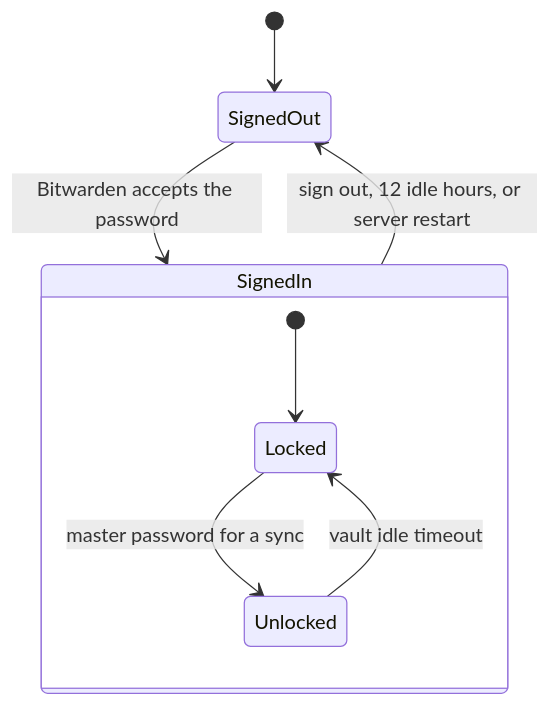
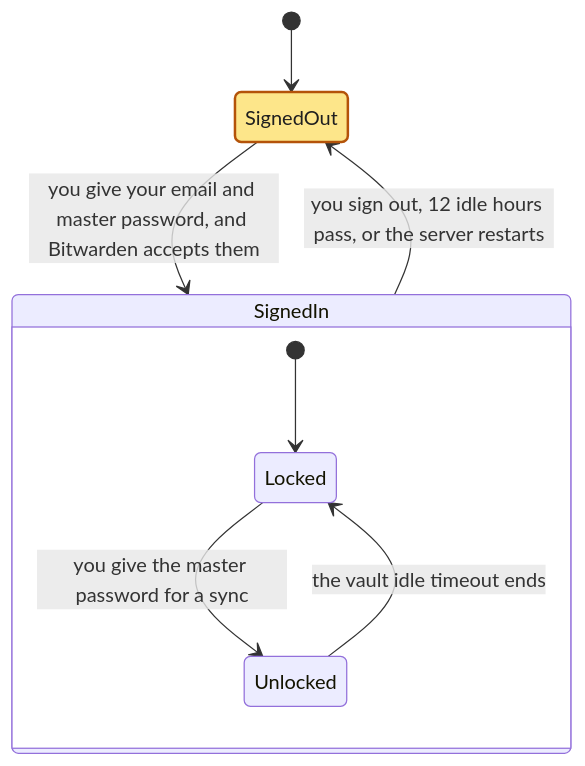
The second of 2 diagrams in docs/architecture/access.md (spinningyoyo/omsync), drawn with Mermaid before and after one commit. The commit also changed other lines of this file and 337 other files, not shown here.

````diff
--- a/docs/architecture/access.md
+++ b/docs/architecture/access.md
@@ -22,11 +22,13 @@
 ```mermaid
 stateDiagram-v2
     [*] --> SignedOut
-    SignedOut --> SignedIn: Bitwarden accepts the password
-    SignedIn --> SignedOut: sign out, 12 idle hours, or server restart
+    SignedOut --> SignedIn: you give your email and master password, and Bitwarden accepts them
+    SignedIn --> SignedOut: you sign out, 12 idle hours pass, or the server restarts
     state SignedIn {
         [*] --> Locked
-        Locked --> Unlocked: master password for a sync
-        Unlocked --> Locked: vault idle timeout
+        Locked --> Unlocked: you give the master password for a sync
+        Unlocked --> Locked: the vault idle timeout ends
     }
+    class SignedOut waits
+    classDef waits fill:#fde68a,stroke:#b45309,stroke-width:2px,color:#1f1f1f
 ```
````
